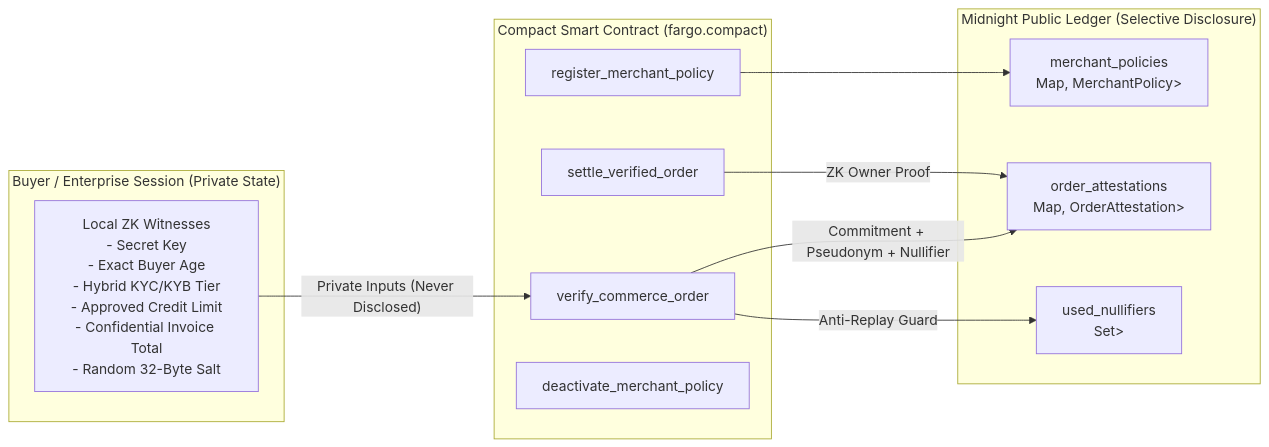
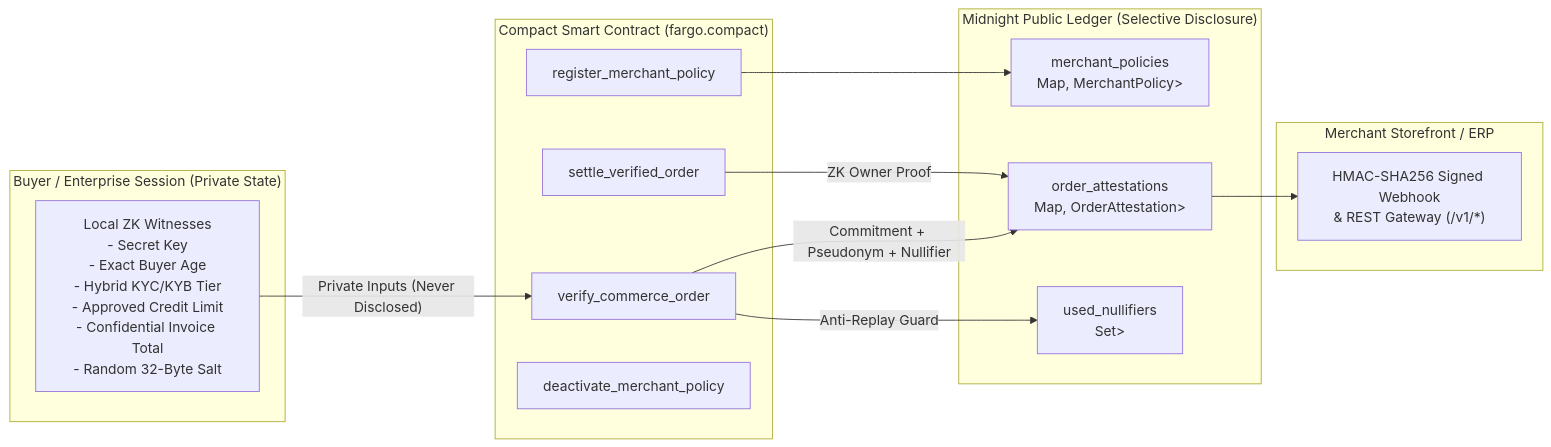
Before and after one commit to canmuratt-hub/fargo-midnight: the diagram in README.md, drawn with Mermaid. The commit also changed other lines of this file and 5 other files, not shown here.

````diff
--- a/README.md
+++ b/README.md
@@ -24,25 +25,30 @@
 ```mermaid
 flowchart LR
   subgraph Client["Buyer / Enterprise Session (Private State)"]
     W["Local ZK Witnesses<br/>- Secret Key<br/>- Exact Buyer Age<br/>- Hybrid KYC/KYB Tier<br/>- Approved Credit Limit<br/>- Confidential Invoice Total<br/>- Random 32-Byte Salt"]
   end
 
   subgraph Circuit["Compact Smart Contract (fargo.compact)"]
     C1["register_merchant_policy"]
     C2["verify_commerce_order"]
     C3["settle_verified_order"]
     C4["deactivate_merchant_policy"]
   end
 
   subgraph Ledger["Midnight Public Ledger (Selective Disclosure)"]
     L1["merchant_policies<br/>Map<Bytes<32>, MerchantPolicy>"]
     L2["order_attestations<br/>Map<Bytes<32>, OrderAttestation>"]
     L3["used_nullifiers<br/>Set<Bytes<32>>"]
   end
 
+  subgraph Merchant["Merchant Storefront / ERP"]
+    M1["HMAC-SHA256 Signed Webhook<br/>& REST Gateway (/v1/*)"]
+  end
+
   W -->|"Private Inputs (Never Disclosed)"| C2
   C1 --> L1
   C2 -->|"Commitment + Pseudonym + Nullifier"| L2
   C2 -->|"Anti-Replay Guard"| L3
   C3 -->|"ZK Owner Proof"| L2
+  L2 --> M1
 ```
````
